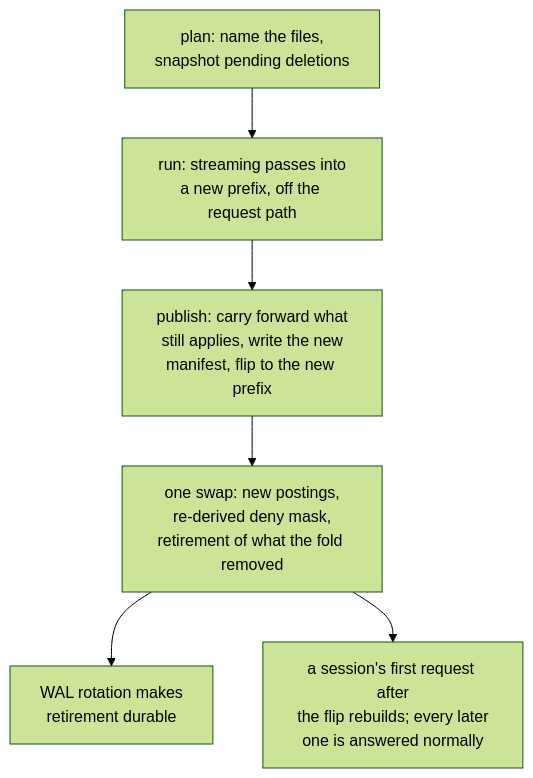
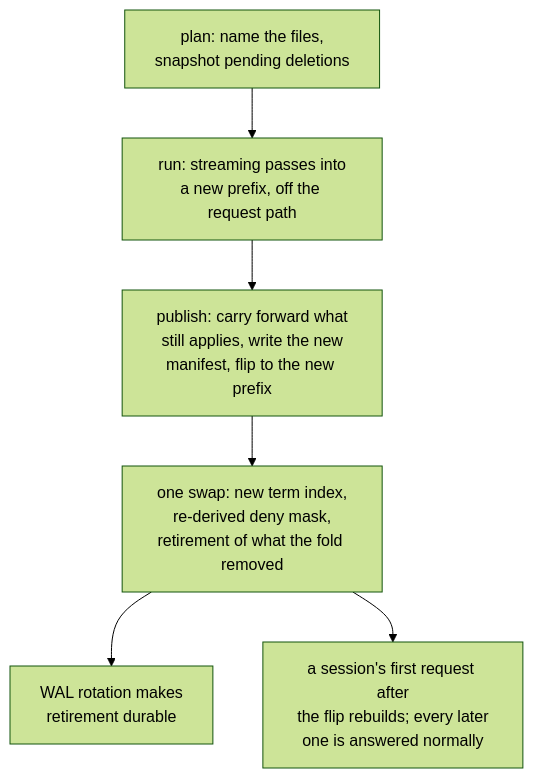
Before and after one commit to jennis0/tesseradb: the second of 2 diagrams in docs/system/write-path.md, drawn with Mermaid (forest theme). The commit also changed other lines of this file, not shown here.

Commit message:
docs(system): write path trimmed of internals; 'postings' becomes the term index, defined once

````diff
--- a/docs/system/write-path.md
+++ b/docs/system/write-path.md
@@ -269,8 +248,8 @@
 ```mermaid
 flowchart TD
   A["plan: name the files,\nsnapshot pending deletions"] --> B["run: streaming passes into\na new prefix, off the request path"]
   B --> C["publish: carry forward what\nstill applies, write the new\nmanifest, flip to the new prefix"]
-  C --> D["one swap: new postings,\nre-derived deny mask,\nretirement of what the fold removed"]
+  C --> D["one swap: new term index,\nre-derived deny mask,\nretirement of what the fold removed"]
   D --> E["WAL rotation makes\nretirement durable"]
   D --> F["a session's first request after\nthe flip rebuilds; every later\none is answered normally"]
 ```
````
